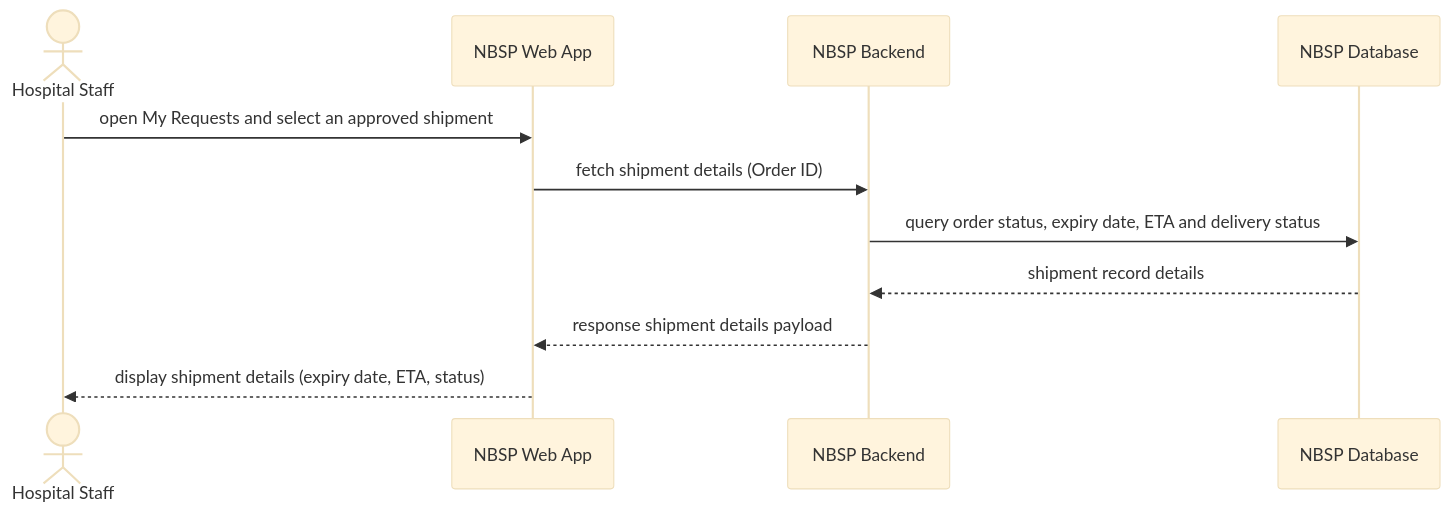
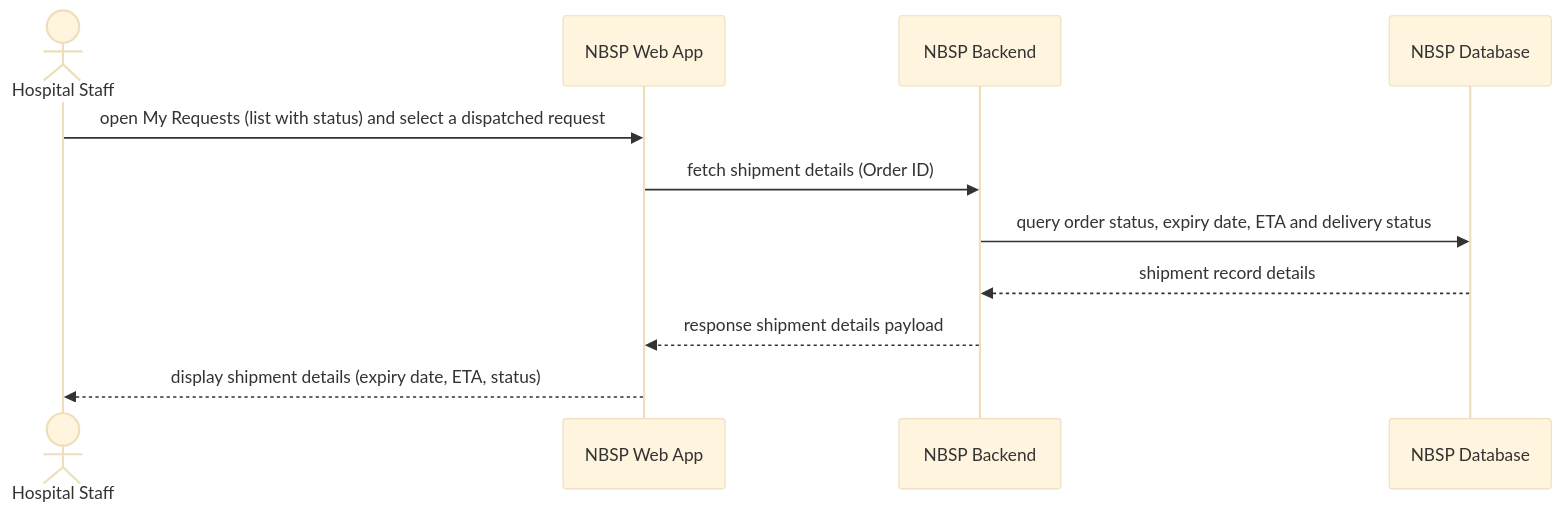
Before and after one commit to Nhan2772/DBIZ2-GROUPC-NationalBloodSupplyPlatform: the diagram in use-case/SD-UC-02.md, drawn with Mermaid (base theme). The commit also changed other lines of this file, not shown here.

Commit message:
Update sequence diagram for shipment details use case

````diff
--- a/use-case/SD-UC-02.md
+++ b/use-case/SD-UC-02.md
@@ -13,13 +13,13 @@
 ```mermaid
 sequenceDiagram
   actor H as Hospital Staff
   participant P as NBSP Web App
   participant B as NBSP Backend
   participant D as NBSP Database
-  H->>P: open My Requests and select an approved shipment
+  H->>P: open My Requests (list with status) and select a dispatched request
   P->>B: fetch shipment details (Order ID)
   B->>D: query order status, expiry date, ETA and delivery status
   D-->>B: shipment record details
   B-->>P: response shipment details payload
   P-->>H: display shipment details (expiry date, ETA, status)
 ```
````
